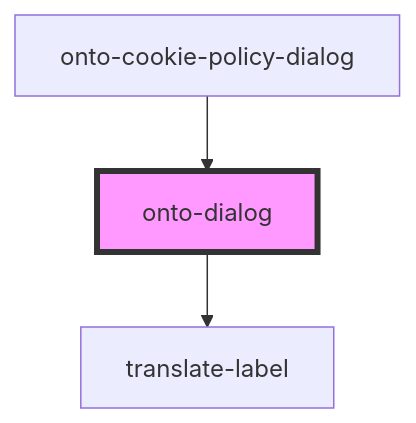
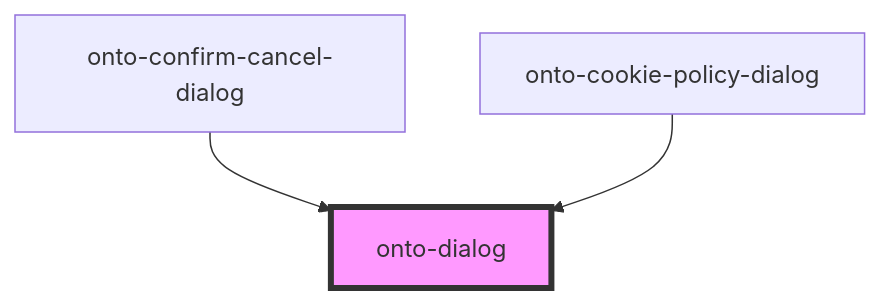
The diagram in packages/shared-components/src/components/dialogs/readme.md (Ontotext-AD/graphdb-workbench), drawn with Mermaid before and after one commit. The commit also changed other lines of this file and 102 other files, not shown here.

````diff
--- a/packages/shared-components/src/components/dialogs/readme.md
+++ b/packages/shared-components/src/components/dialogs/readme.md
@@ -26,6 +23,6 @@
 ```mermaid
 graph TD;
-  onto-dialog --> translate-label
+  onto-confirm-cancel-dialog --> onto-dialog
   onto-cookie-policy-dialog --> onto-dialog
   style onto-dialog fill:#f9f,stroke:#333,stroke-width:4px
 ```
````
